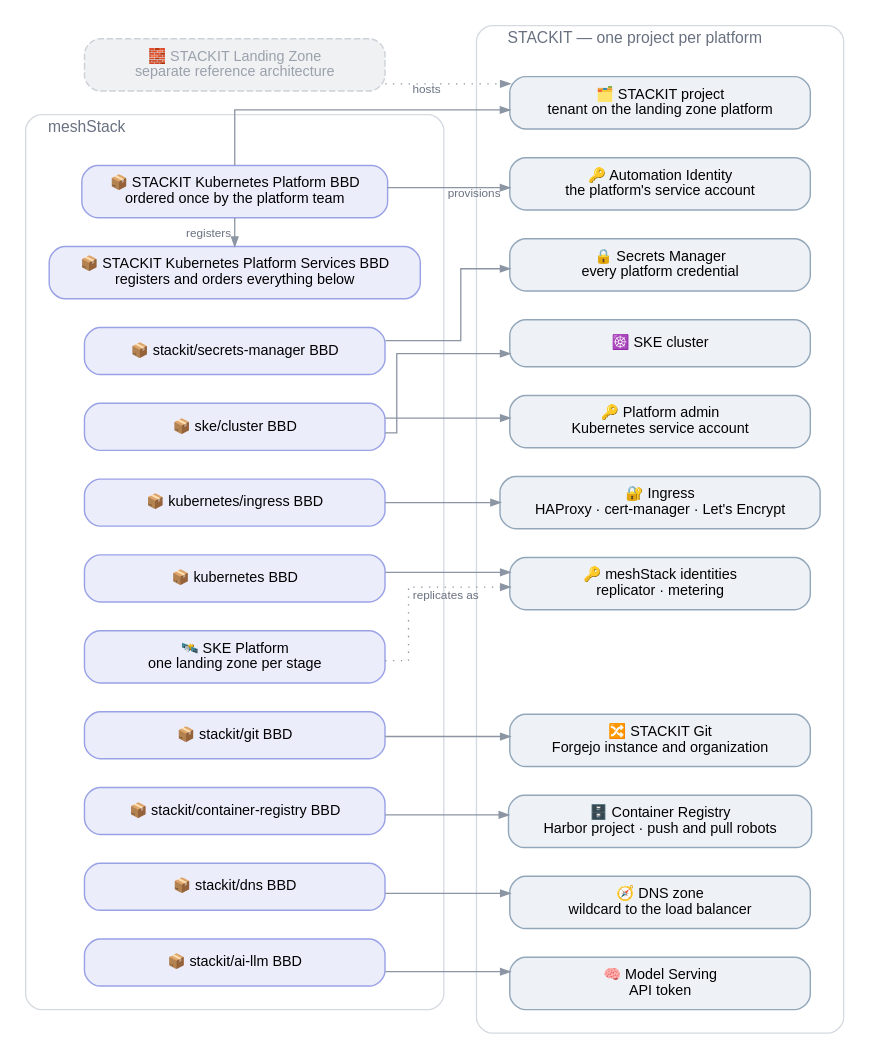
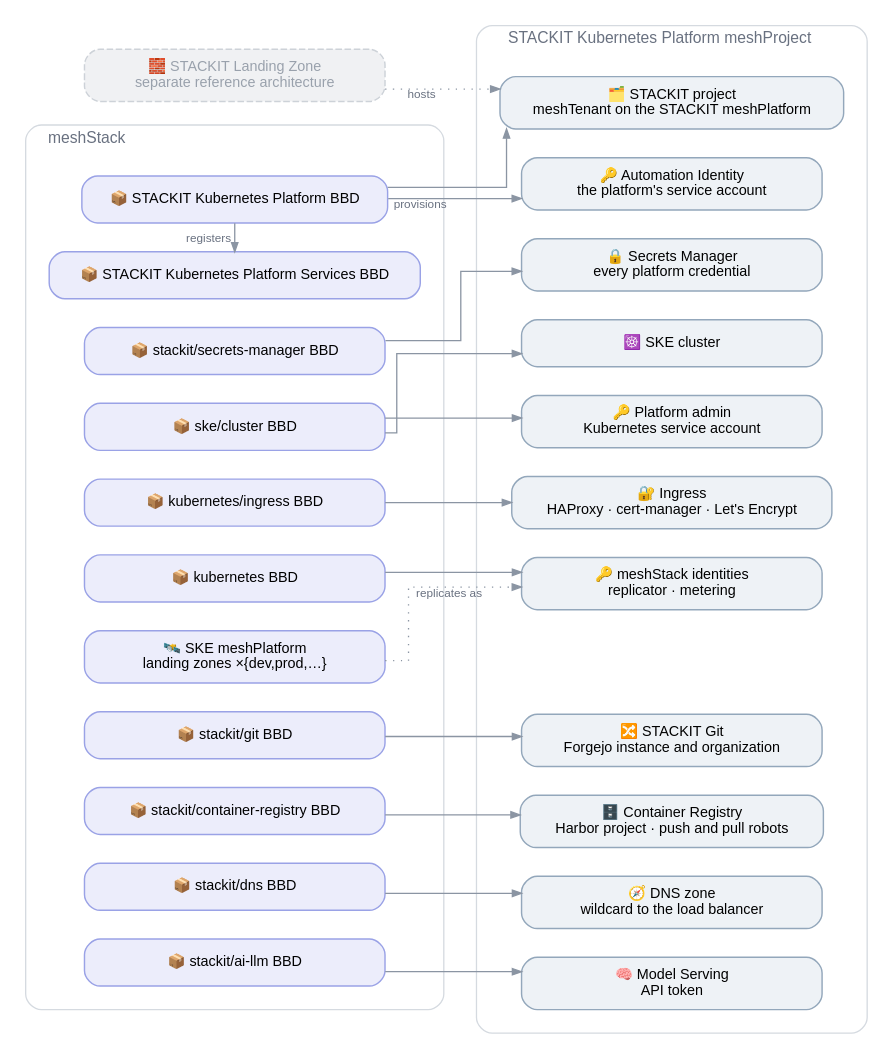
One commit to meshcloud/meshstack-hub changed the diagram in reference-architectures/stackit-kubernetes/stackit-kubernetes.dot. Above: the diagram before and after it, drawn with Graphviz. The commit also changed 2 other files, not shown here.

Commit message:
docs(ref-arch/stackit-kubernetes): name the meshProject and meshTenant in the platform-team diagram
The STACKIT resources sit in the STACKIT Kubernetes Platform meshProject, whose STACKIT project is
a meshTenant on the landing zone's STACKIT meshPlatform. The BBD boxes lose their usage notes, and
the README text above both platform-team diagrams says how they relate.

```diff
--- a/reference-architectures/stackit-kubernetes/stackit-kubernetes.dot
+++ b/reference-architectures/stackit-kubernetes/stackit-kubernetes.dot
@@ -1,85 +1,85 @@
 /*
  * STACKIT Kubernetes (SKE) reference architecture — platform-team view: the definitions the platform
  * registers and what each provisions. The per-application-team view is
  * stackit-kubernetes-app-team.dot; the building block tree is stackit-kubernetes-building-blocks.dot.
  * rankdir=LR stacks each column top-down, so the diagram stays narrow.
  * Conventions: .agents/references/diagrams.md — render with: task diagrams
  */
 digraph stackit_kubernetes_platform {
   rankdir=LR
   splines=ortho
   forcelabels=true
   bgcolor="white"
   nodesep=0.3
   ranksep=0.85
 
   node [shape=box style="rounded,filled" fontname="Helvetica" fontsize=11
         fillcolor="#ffffff" color="#a2abb8" penwidth=1.1 margin="0.20,0.11" width=3.2]
   edge [fontname="Helvetica" fontsize=9 fontcolor="#697180" color="#8b95a3" arrowsize=0.7]
 
   LZBB [label="🧱 STACKIT Landing Zone\nseparate reference architecture"
         style="rounded,filled,dashed" fillcolor="#f0f1f3" color="#cdd2d8" fontcolor="#99a1ac"]
 
   subgraph cluster_mesh {
     label="  meshStack"
     labeljust=l
     fontname="Helvetica" fontsize=12 fontcolor="#697180"
     style="rounded" color="#d5dae0"
     margin=18
 
-    OUTER  [label="📦 STACKIT Kubernetes Platform BBD\nordered once by the platform team" fillcolor="#ecedfb" color="#9aa2e6"]
-    SVC    [label="📦 STACKIT Kubernetes Platform Services BBD\nregisters and orders everything below" fillcolor="#ecedfb" color="#9aa2e6"]
+    OUTER  [label="📦 STACKIT Kubernetes Platform BBD" fillcolor="#ecedfb" color="#9aa2e6"]
+    SVC    [label="📦 STACKIT Kubernetes Platform Services BBD" fillcolor="#ecedfb" color="#9aa2e6"]
     BBD_S  [label="📦 stackit/secrets-manager BBD" fillcolor="#ecedfb" color="#9aa2e6"]
     BBD_K  [label="📦 ske/cluster BBD" fillcolor="#ecedfb" color="#9aa2e6"]
     BBD_I  [label="📦 kubernetes/ingress BBD" fillcolor="#ecedfb" color="#9aa2e6"]
     BBD_A  [label="📦 kubernetes BBD" fillcolor="#ecedfb" color="#9aa2e6"]
-    PLAT   [label="🛰️ SKE Platform\none landing zone per stage" fillcolor="#ecedfb" color="#9aa2e6"]
+    PLAT   [label="🛰️ SKE meshPlatform\nlanding zones ×{dev,prod,…}" fillcolor="#ecedfb" color="#9aa2e6"]
     BBD_G  [label="📦 stackit/git BBD" fillcolor="#ecedfb" color="#9aa2e6"]
     BBD_H  [label="📦 stackit/container-registry BBD" fillcolor="#ecedfb" color="#9aa2e6"]
     BBD_D  [label="📦 stackit/dns BBD" fillcolor="#ecedfb" color="#9aa2e6"]
     BBD_M  [label="📦 stackit/ai-llm BBD" fillcolor="#ecedfb" color="#9aa2e6"]
 
     // Under rankdir=LR a same-rank chain stacks upwards, so it runs bottom to top.
     { rank=same; BBD_M -> BBD_D -> BBD_H -> BBD_G -> PLAT -> BBD_A -> BBD_I -> BBD_K -> BBD_S -> SVC [style=invis] }
     { rank=same; SVC -> OUTER [dir=back xlabel="registers"] }
   }
 
   subgraph cluster_stackit {
-    label="  STACKIT — one project per platform"
+    label="  STACKIT Kubernetes Platform meshProject"
     labeljust=l
     fontname="Helvetica" fontsize=12 fontcolor="#697180"
     style="rounded" color="#d5dae0"
     margin=18
 
-    PROJ   [label="🗂️ STACKIT project\ntenant on the landing zone platform" fillcolor="#eef2f6" color="#93a7bb"]
+    PROJ   [label="🗂️ STACKIT project\nmeshTenant on the STACKIT meshPlatform" fillcolor="#eef2f6" color="#93a7bb"]
     SA     [label="🔑 Automation Identity\nthe platform's service account" fillcolor="#eef2f6" color="#93a7bb"]
     SM     [label="🔒 Secrets Manager\nevery platform credential" fillcolor="#eef2f6" color="#93a7bb"]
     SKE    [label="☸️ SKE cluster" fillcolor="#eef2f6" color="#93a7bb"]
     KSA    [label="🔑 Platform admin\nKubernetes service account" fillcolor="#eef2f6" color="#93a7bb"]
     ING    [label="🔐 Ingress\nHAProxy · cert-manager · Let's Encrypt" fillcolor="#eef2f6" color="#93a7bb"]
     AGENT  [label="🔑 meshStack identities\nreplicator · metering" fillcolor="#eef2f6" color="#93a7bb"]
     GIT    [label="🔀 STACKIT Git\nForgejo instance and organization" fillcolor="#eef2f6" color="#93a7bb"]
     HARBOR [label="🗄️ Container Registry\nHarbor project · push and pull robots" fillcolor="#eef2f6" color="#93a7bb"]
     DNS    [label="🧭 DNS zone\nwildcard to the load balancer" fillcolor="#eef2f6" color="#93a7bb"]
     MODEL  [label="🧠 Model Serving\nAPI token" fillcolor="#eef2f6" color="#93a7bb"]
 
     // Keeps each resource level with its definition opposite the SKE Platform row.
     PAD [style=invis label=""]
 
     { rank=same; MODEL -> DNS -> HARBOR -> GIT -> PAD -> AGENT -> ING -> KSA -> SKE -> SM -> SA -> PROJ [style=invis] }
   }
 
   LZBB  -> PROJ   [xlabel="hosts" style=dotted]
   OUTER -> PROJ
   OUTER -> SA     [xlabel="provisions"]
   BBD_S -> SM
   BBD_K -> SKE
   BBD_K -> KSA
   BBD_I -> ING
   BBD_A -> AGENT
   PLAT  -> AGENT  [xlabel="replicates as" style=dotted]
   BBD_G -> GIT
   BBD_H -> HARBOR
   BBD_D -> DNS
   BBD_M -> MODEL
 }
```
